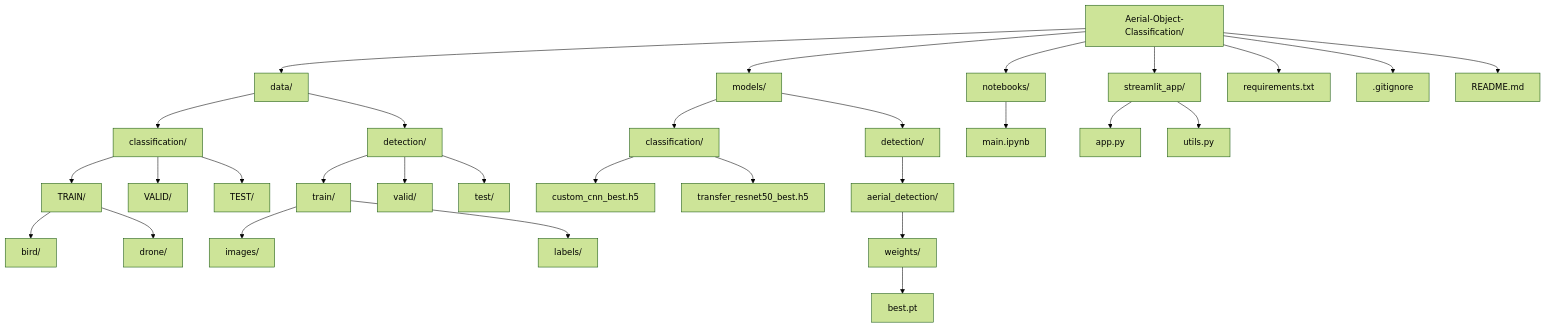
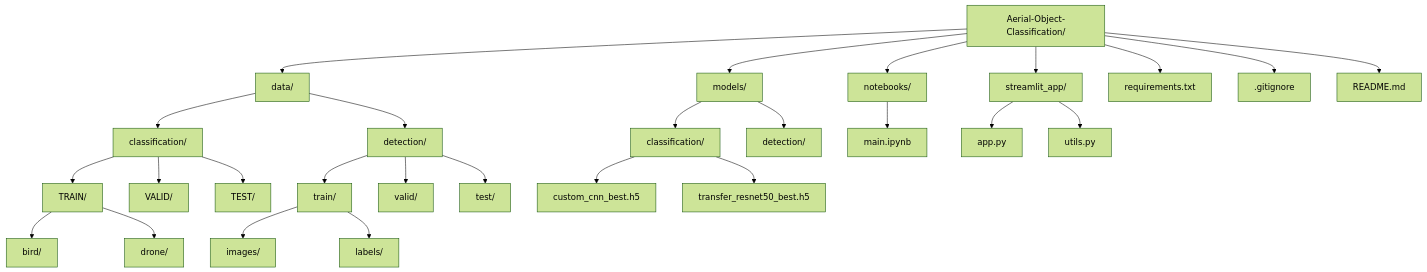
The diagram in README.md (HarshChoudhary2003/Aerial-Object-Classification), drawn with Mermaid (forest theme) before and after one commit.

````diff
--- a/README.md
+++ b/README.md
@@ -50,42 +50,39 @@
 ```mermaid
 graph TD
     A[Aerial-Object-Classification/] --> B[data/]
     A --> C[models/]
     A --> D[notebooks/]
     A --> E[streamlit_app/]
     A --> F[requirements.txt]
     A --> G[.gitignore]
     A --> H[README.md]
 
     B --> I[classification/]
     B --> J[detection/]
 
     I --> K[TRAIN/]
     I --> L[VALID/]
     I --> M[TEST/]
 
     K --> N[bird/]
     K --> O[drone/]
 
     J --> P[train/]
     J --> Q[valid/]
     J --> R[test/]
 
     P --> S[images/]
     P --> T[labels/]
 
     C --> U[classification/]
     C --> V[detection/]
 
     U --> W[custom_cnn_best.h5]
     U --> X[transfer_resnet50_best.h5]
 
-    V --> Y[aerial_detection/]
-    Y --> Z[weights/]
-    Z --> AA[best.pt]
 
     D --> AB[main.ipynb]
 
     E --> AC[app.py]
     E --> AD[utils.py]
 ```
````
